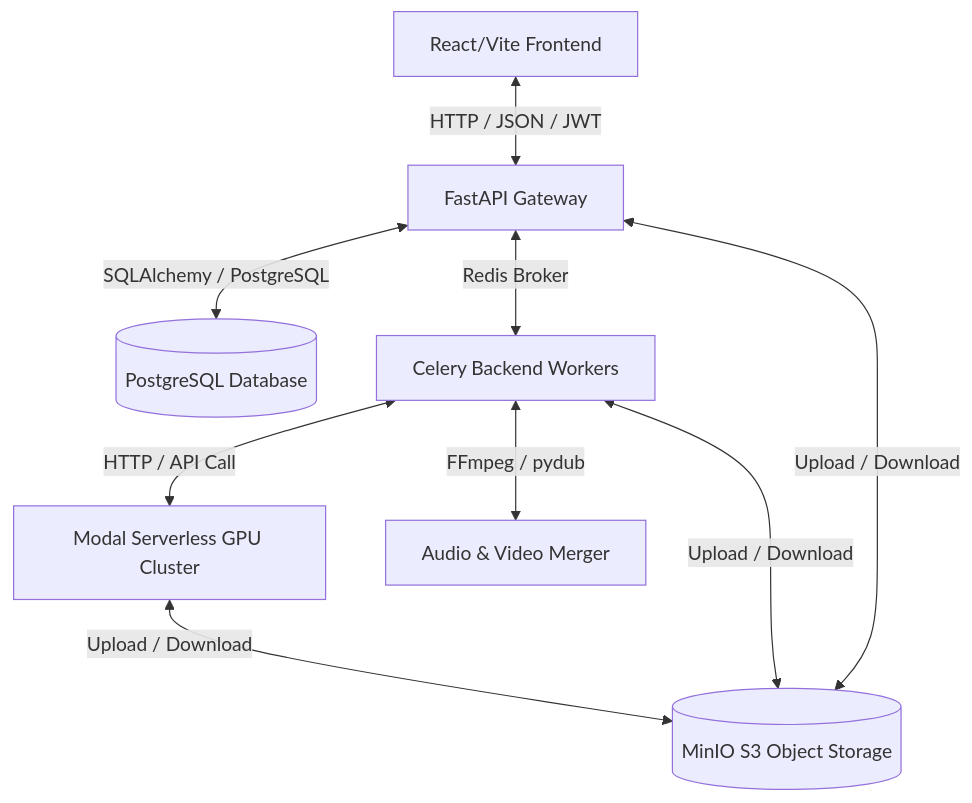
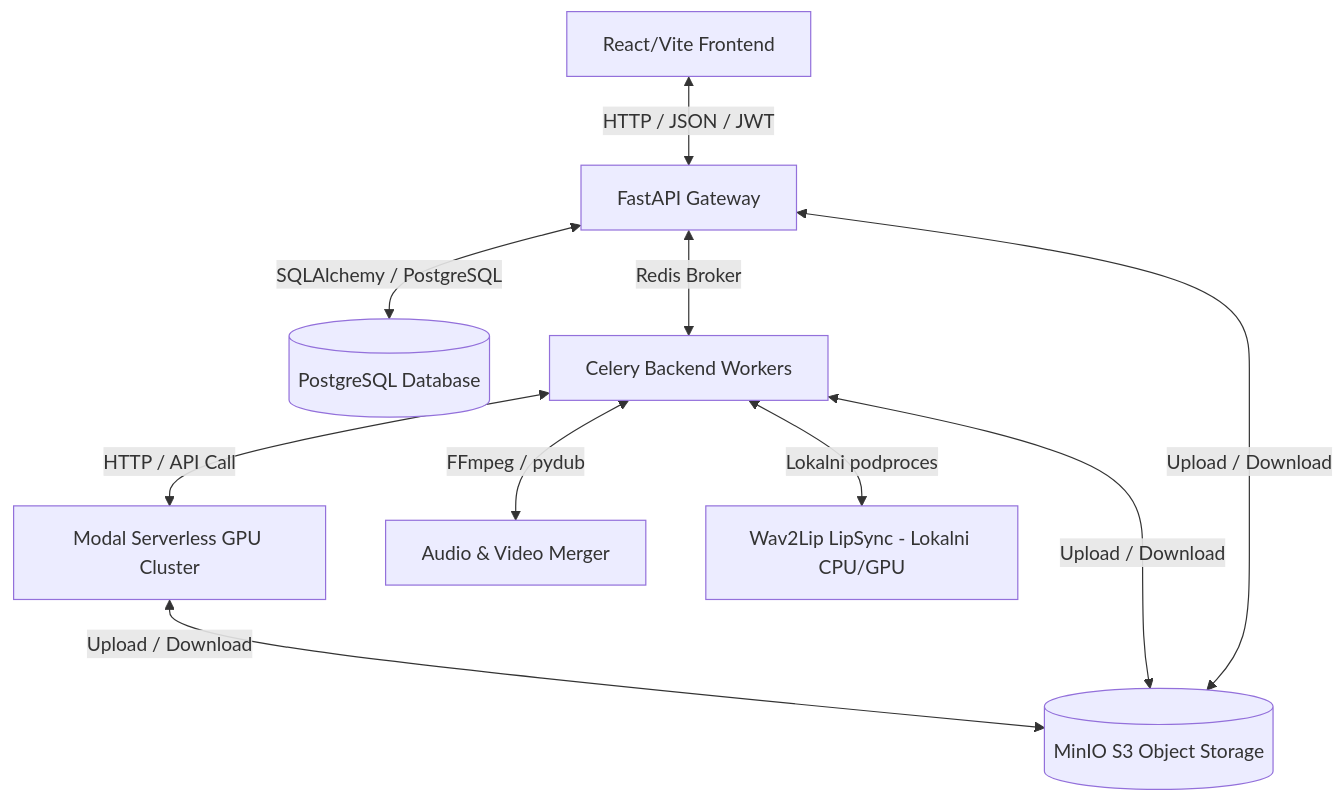
One commit to Gruya13/sinhronizuj.me changed the diagram in doc/arhitektura_i_baza.md. Above: the diagram before and after it, drawn with Mermaid. The commit also changed other lines of this file and 8 other files, not shown here.

````diff
--- a/doc/arhitektura_i_baza.md
+++ b/doc/arhitektura_i_baza.md
@@ -11,11 +11,12 @@
 ```mermaid
 graph TD
     Client[React/Vite Frontend] <-->|HTTP / JSON / JWT| API[FastAPI Gateway]
     API <-->|SQLAlchemy / PostgreSQL| DB[(PostgreSQL Database)]
     API <-->|Redis Broker| Celery[Celery Backend Workers]
     Celery <-->|HTTP / API Call| Modal[Modal Serverless GPU Cluster]
     Celery <-->|FFmpeg / pydub| AudioMerge[Audio & Video Merger]
+    Celery <-->|Lokalni podproces| Wav2Lip[Wav2Lip LipSync - Lokalni CPU/GPU]
     Modal <-->|Upload / Download| S3[(MinIO S3 Object Storage)]
     Celery <-->|Upload / Download| S3
     API <-->|Upload / Download| S3
 ```
````
